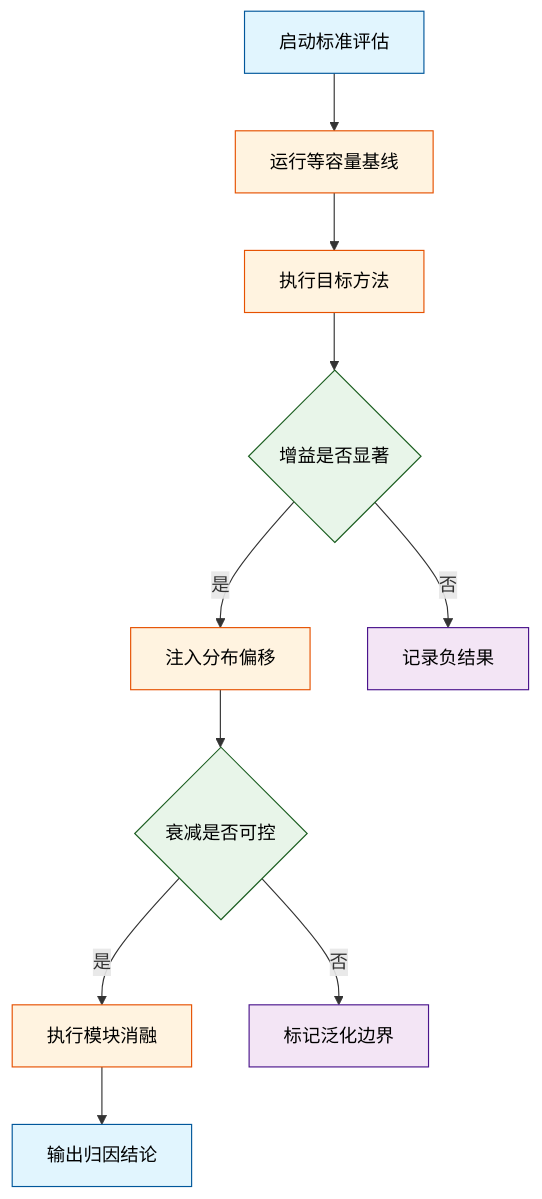
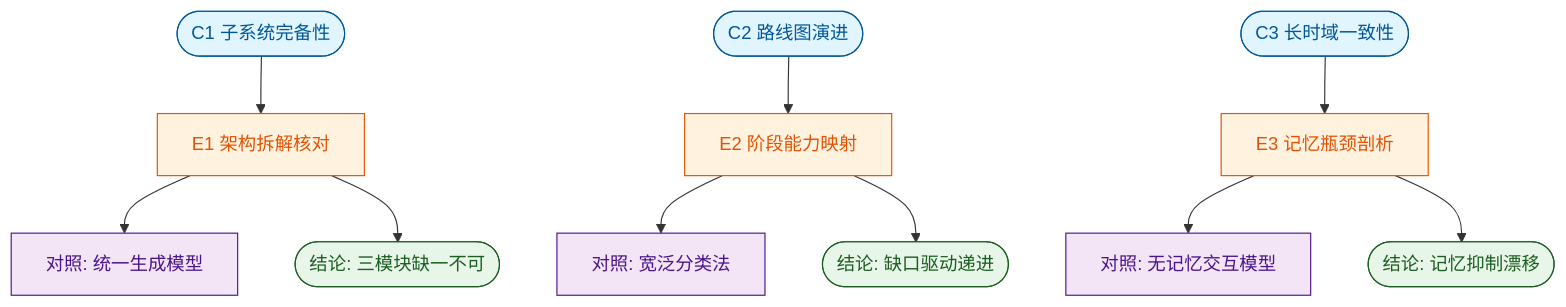
One commit to ShinewineW/paper-rolling changed the fifth of 10 diagrams in person_vault/2026-06-12_FromMasksToWorldsAHitchhikerSGuideToWorl_2510.20668/report.md. Above: the diagram before and after it, drawn with Mermaid. The commit also changed other lines of this file and 51 other files, not shown here.

````diff
--- a/person_vault/2026-06-12_FromMasksToWorldsAHitchhikerSGuideToWorl_2510.20668/report.md
+++ b/person_vault/2026-06-12_FromMasksToWorldsAHitchhikerSGuideToWorl_2510.20668/report.md
@@ -225,17 +273,19 @@
 ```mermaid
-flowchart TD
-    classDef start fill:#e1f5fe,stroke:#01579b,color:#000;
-    classDef proc fill:#fff3e0,stroke:#e65100,color:#000;
-    classDef dec fill:#e8f5e9,stroke:#1b5e20,color:#000;
-    classDef data fill:#f3e5f5,stroke:#4a148c,color:#000;
+flowchart TB
+    classDef claim fill:#e1f5fe,stroke:#01579b,color:#01579b;
+    classDef verify fill:#fff3e0,stroke:#e65100,color:#e65100;
+    classDef baseline fill:#f3e5f5,stroke:#4a148c,color:#4a148c;
+    classDef outcome fill:#e8f5e9,stroke:#1b5e20,color:#1b5e20;
 
-    eval_start["启动标准评估"]:::start --> run_baseline["运行等容量基线"]:::proc
-    run_baseline --> run_target["执行目标方法"]:::proc
-    run_target --> check_gain{增益是否显著}:::dec
-    check_gain -->|是| stress_test["注入分布偏移"]:::proc
-    check_gain -->|否| log_fail["记录负结果"]:::data
-    stress_test --> check_robust{衰减是否可控}:::dec
-    check_robust -->|是| run_ablation["执行模块消融"]:::proc
-    check_robust -->|否| flag_limit["标记泛化边界"]:::data
-    run_ablation --> conclude["输出归因结论"]:::start
+    c1(["C1 子系统完备性"]):::claim --> e1["E1 架构拆解核对"]:::verify
+    c2(["C2 路线图演进"]):::claim --> e2["E2 阶段能力映射"]:::verify
+    c3(["C3 长时域一致性"]):::claim --> e3["E3 记忆瓶颈剖析"]:::verify
+
+    e1 --> b1["对照: 统一生成模型"]:::baseline
+    e2 --> b2["对照: 宽泛分类法"]:::baseline
+    e3 --> b3["对照: 无记忆交互模型"]:::baseline
+
+    e1 --> o1(["结论: 三模块缺一不可"]):::outcome
+    e2 --> o2(["结论: 缺口驱动递进"]):::outcome
+    e3 --> o3(["结论: 记忆抑制漂移"]):::outcome
 ```
````
